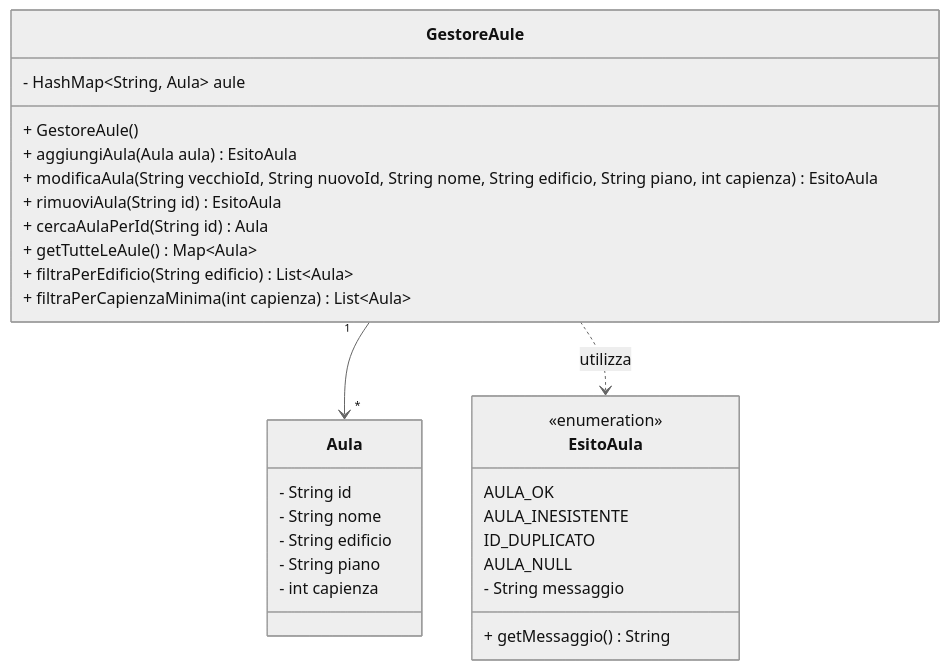
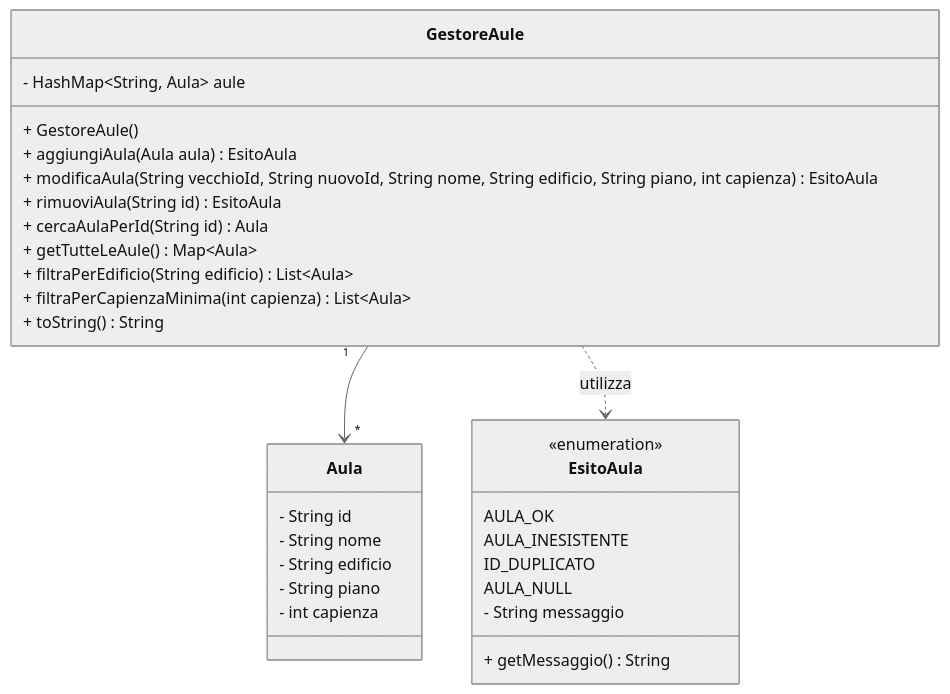
One commit to gcarbone48/PrenotazioneAule5 changed the diagram in diagrams/gestoreAuleClass.md. Above: the diagram before and after it, drawn with Mermaid (neutral theme). The commit also changed 5 other files, not shown here.

Commit message:
FEAT: aggiunta del package entities, in cui verranno inserite le classi di base Aggiunta dello scheletro della classe Aula FIX: Aggiunta del metodo toString nei diagrammi di classe

````diff
--- a/diagrams/gestoreAuleClass.md
+++ b/diagrams/gestoreAuleClass.md
@@ -1,53 +1,54 @@
 ```mermaid
 classDiagram
 
 
     class Aula {
         - String id
         %% codice identificativo univoco
         - String nome
         - String edificio
         - String piano
         - int capienza
     }
 
     class GestoreAule{
         - HashMap~String, Aula~ aule
         %% costruttore
         + GestoreAule()
         %% aggiunge un'aula verificando l'unicità dell'id e i valori nulli
         + aggiungiAula(Aula aula) EsitoAula
         %% modifica un'aula esistente gestendo anche l'eventuale cambio di ID
         + modificaAula(String vecchioId, String nuovoId, String nome, String edificio, String piano, int capienza) EsitoAula
         %% rimuove un'aula tramite il suo id
         + rimuoviAula(String id) EsitoAula
         %% cerca e restituisce un'aula tramite il suo id
         + cercaAulaPerId(String id) Aula
         %% restituisce una collezione di tutte le aule registrate
         + getTutteLeAule() Map~Aula~
         %% restituisce una lista di aule filtrate per edificio
         + filtraPerEdificio(String edificio) List~Aula~
         %% restituisce una lista di aule filtrate per capienza minima
         + filtraPerCapienzaMinima(int capienza) List~Aula~
 
+        + toString() String
     }
 
     class EsitoAula {
         <<enumeration>>
         %%esito corretto
         AULA_OK
         %%restituita se l'aula passata non esiste
         AULA_INESISTENTE
         %%restituita se l'id è già associato ad un'altra aula
         ID_DUPLICATO
         %%restituita se l'aula passata è null
         AULA_NULL
         %%attributo privato immutabile che memorizza il testo descrittivo dell'esito
         - String messaggio
         %%metodo pubblico per accedere al testo descrittivo dell'esito
         + getMessaggio() String
     }
     GestoreAule "1" --> "*" Aula
     GestoreAule ..> EsitoAula : utilizza
         
 ```
````
